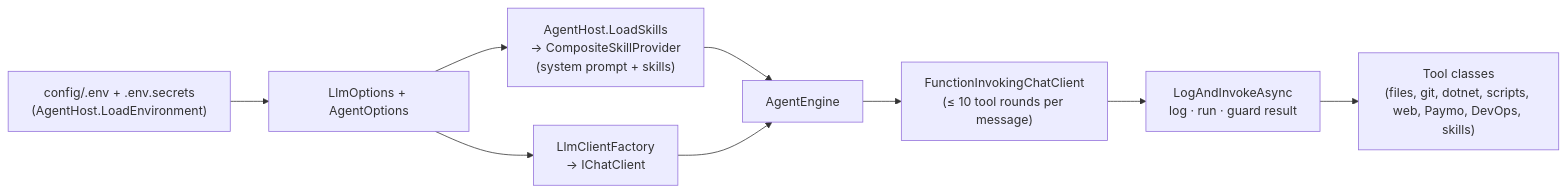
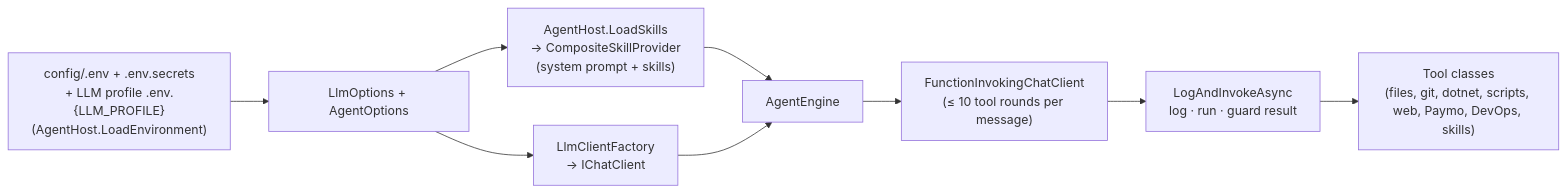
The diagram in docs/projects/louis-agent.core.md (bosbevk/louis-agent), drawn with Mermaid before and after one commit. The commit also changed 12 other files, not shown here.

First line of the commit message:
feat(config): LLM profiles to switch between Anthropic and Ollama

````diff
--- a/docs/projects/louis-agent.core.md
+++ b/docs/projects/louis-agent.core.md
@@ -14,11 +14,11 @@
 ```mermaid
 flowchart LR
-    Env["config/.env + .env.secrets<br/>(AgentHost.LoadEnvironment)"] --> Opts["LlmOptions + AgentOptions"]
+    Env["config/.env + .env.secrets<br/>+ LLM profile .env.{LLM_PROFILE}<br/>(AgentHost.LoadEnvironment)"] --> Opts["LlmOptions + AgentOptions"]
     Opts --> Skills["AgentHost.LoadSkills<br/>→ CompositeSkillProvider<br/>(system prompt + skills)"]
     Opts --> Factory["LlmClientFactory<br/>→ IChatClient"]
     Skills --> Engine["AgentEngine"]
     Factory --> Engine
     Engine --> Loop["FunctionInvokingChatClient<br/>(≤ 10 tool rounds per message)"]
     Loop --> Guards["LogAndInvokeAsync<br/>log · run · guard result"]
     Guards --> Tools["Tool classes<br/>(files, git, dotnet, scripts, web, Paymo, DevOps, skills)"]
 ```
````
